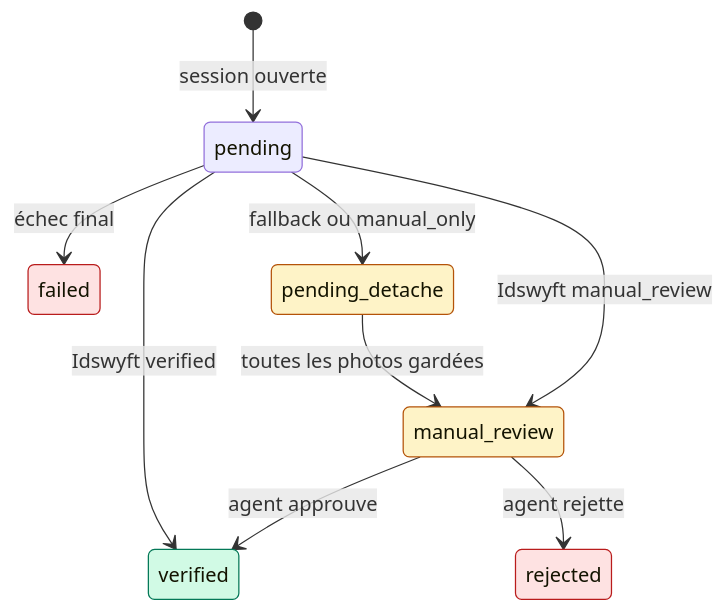
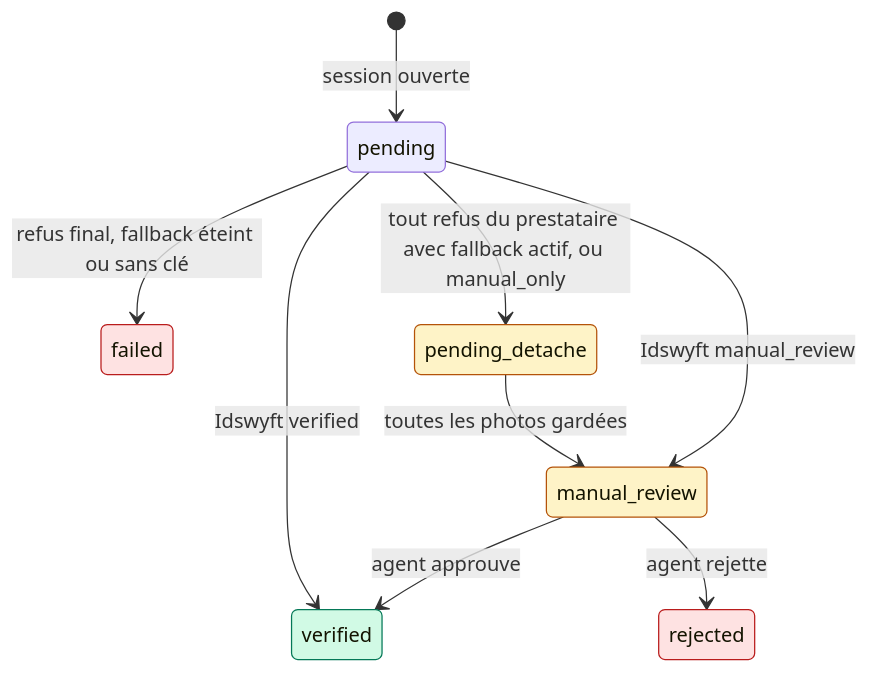
The fifth of 8 diagrams in docs/KYC.md (Bitnob-Hackhaton/DioteKo), drawn with Mermaid before and after one commit. The commit also changed other lines of this file and 2 other files, not shown here.

Commit message:
docs: document KYC reading, auto audit and agent fallback

````diff
--- a/docs/KYC.md
+++ b/docs/KYC.md
@@ -512,17 +514,17 @@
 ```mermaid
 stateDiagram-v2
   [*] --> pending: session ouverte
   pending --> verified: Idswyft verified
-  pending --> failed: échec final
-  pending --> pending_detache: fallback ou manual_only
+  pending --> failed: refus final, fallback éteint ou sans clé
+  pending --> pending_detache: tout refus du prestataire avec fallback actif, ou manual_only
   pending_detache --> manual_review: toutes les photos gardées
   pending --> manual_review: Idswyft manual_review
   manual_review --> verified: agent approuve
   manual_review --> rejected: agent rejette
   classDef ok fill:#d1fae5,stroke:#047857
   classDef ko fill:#fee2e2,stroke:#b91c1c
   classDef wait fill:#fef3c7,stroke:#b45309
   class verified ok
   class failed,rejected ko
   class manual_review,pending_detache wait
 ```
````
